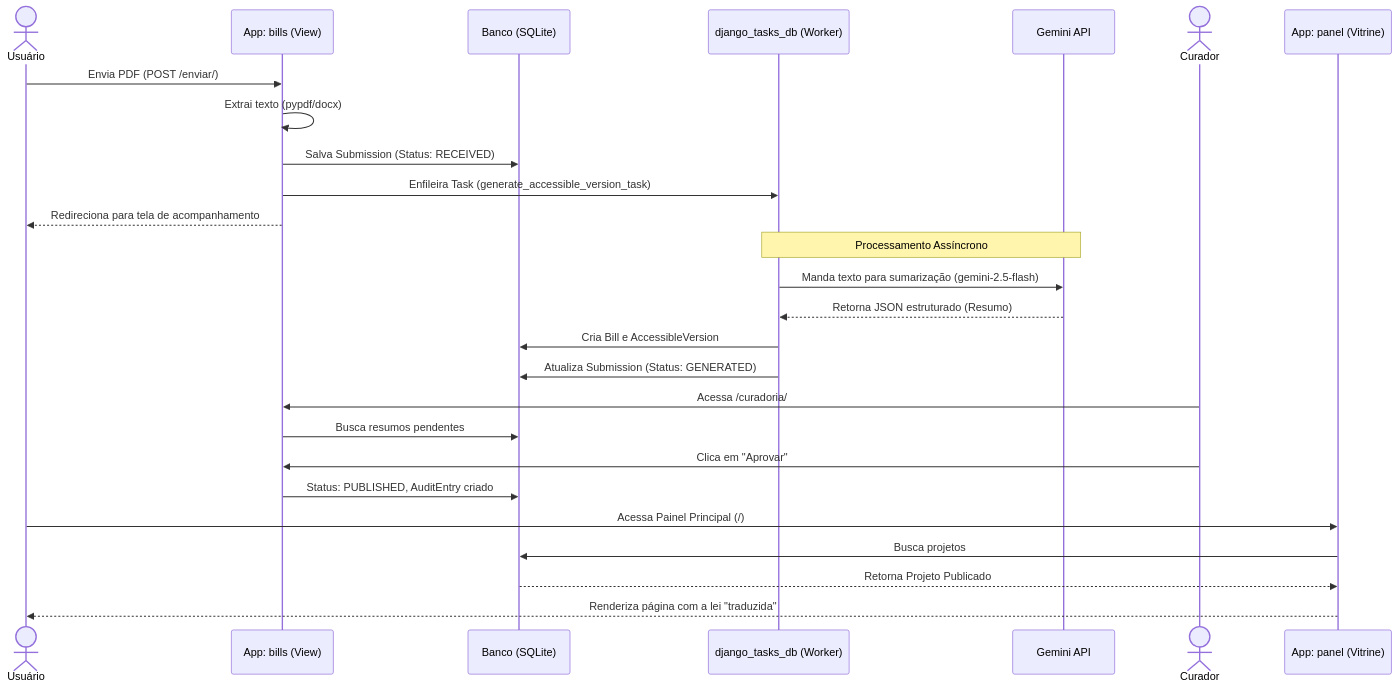
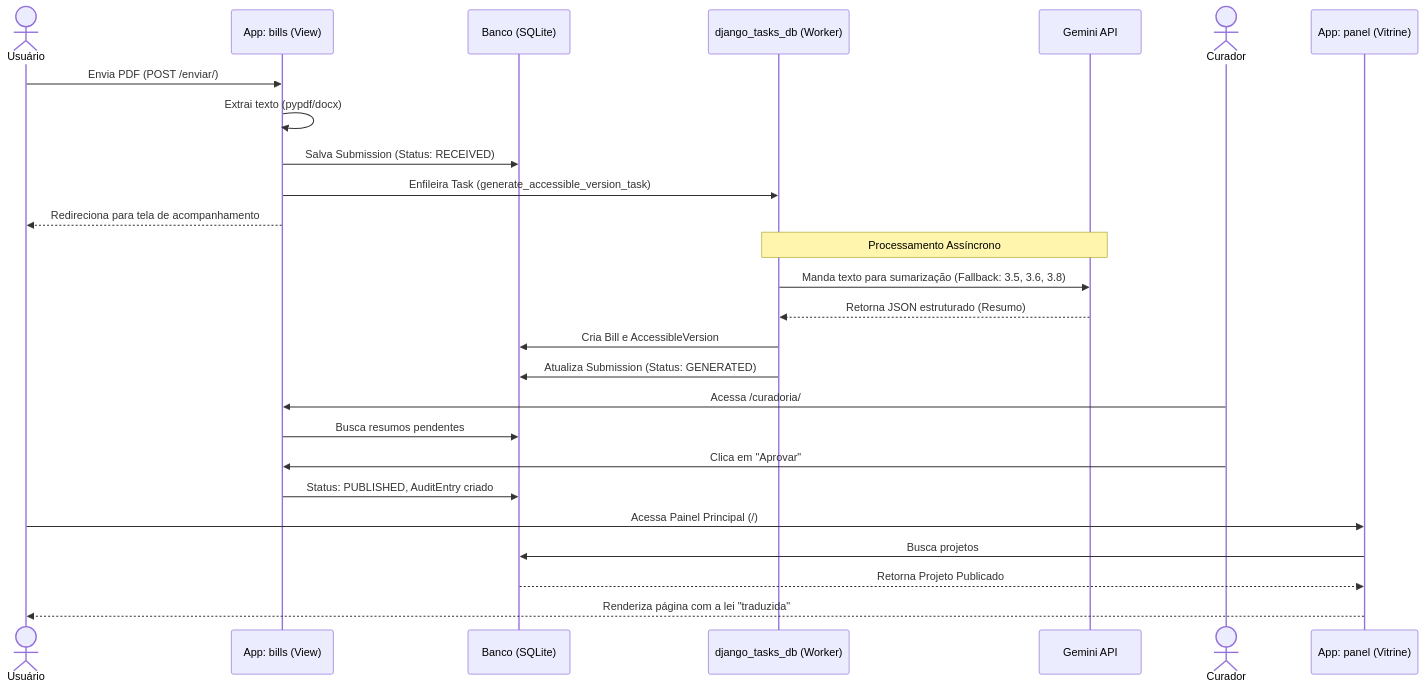
The second of 2 diagrams in docs/architecture.md (FelipeCunha27/voto-claro), drawn with Mermaid before and after one commit. The commit also changed other lines of this file and 21 other files, not shown here.

````diff
--- a/docs/architecture.md
+++ b/docs/architecture.md
@@ -26,32 +26,32 @@
 ```mermaid
 sequenceDiagram
     actor U as Usuário
     participant B as App: bills (View)
     participant DB as Banco (SQLite)
     participant Task as django_tasks_db (Worker)
     participant IA as Gemini API
     actor C as Curador
     participant P as App: panel (Vitrine)
 
     U->>B: Envia PDF (POST /enviar/)
     B->>B: Extrai texto (pypdf/docx)
     B->>DB: Salva Submission (Status: RECEIVED)
     B->>Task: Enfileira Task (generate_accessible_version_task)
     B-->>U: Redireciona para tela de acompanhamento
 
     Note over Task, IA: Processamento Assíncrono
-    Task->>IA: Manda texto para sumarização (gemini-2.5-flash)
+    Task->>IA: Manda texto para sumarização (Fallback: 3.5, 3.6, 3.8)
     IA-->>Task: Retorna JSON estruturado (Resumo)
     Task->>DB: Cria Bill e AccessibleVersion
     Task->>DB: Atualiza Submission (Status: GENERATED)
 
     C->>B: Acessa /curadoria/
     B->>DB: Busca resumos pendentes
     C->>B: Clica em "Aprovar"
     B->>DB: Status: PUBLISHED, AuditEntry criado
     
     U->>P: Acessa Painel Principal (/)
     P->>DB: Busca projetos 
     DB-->>P: Retorna Projeto Publicado
     P-->>U: Renderiza página com a lei "traduzida"
 ```
````
